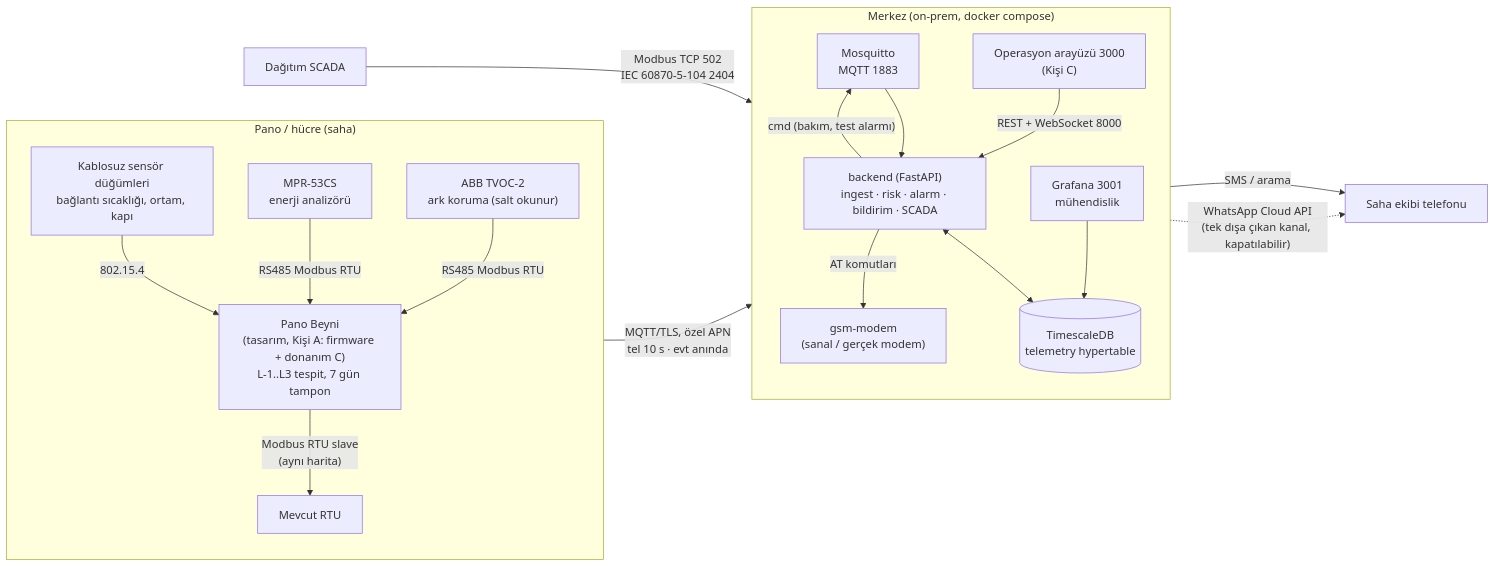
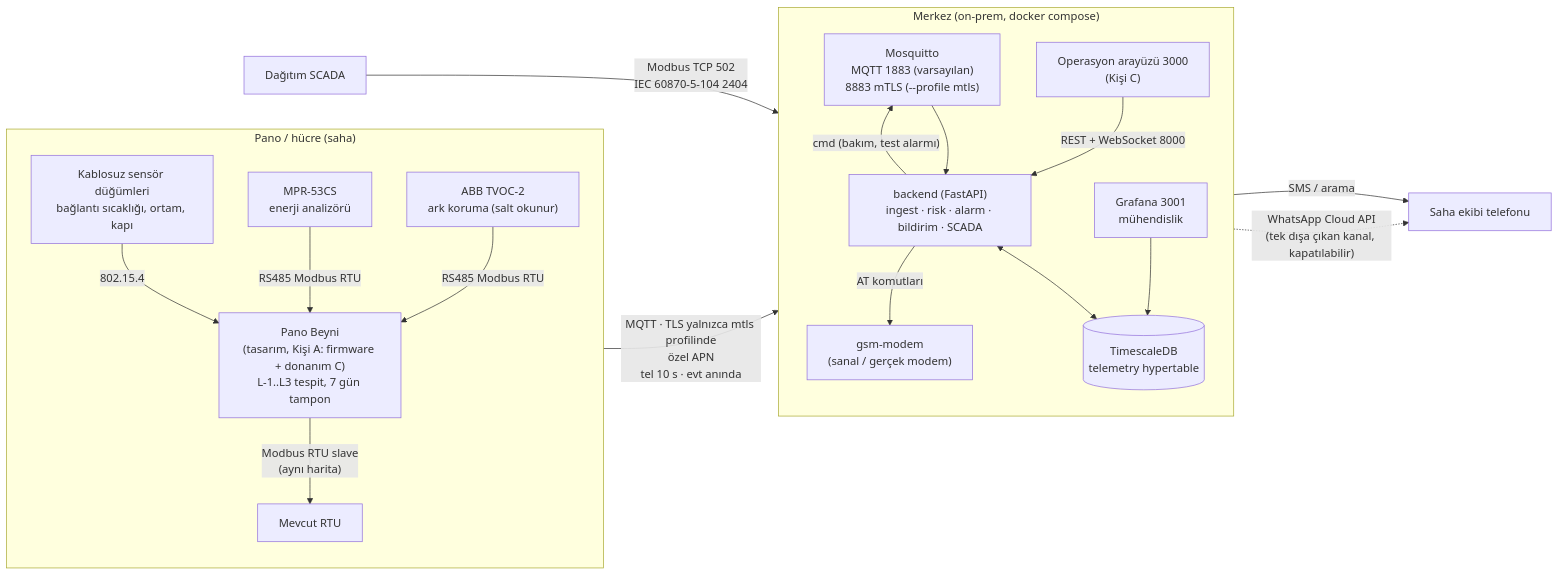
One commit to ahmetkrkyn0/griduphackathon changed the first of 4 diagrams in docs/02-mimari.md. Above: the diagram before and after it, drawn with Mermaid. The commit also changed other lines of this file and 28 other files, not shown here.

````diff
--- a/docs/02-mimari.md
+++ b/docs/02-mimari.md
@@ -9,36 +9,36 @@
 ```mermaid
 flowchart LR
   subgraph PANO["Pano / hücre (saha)"]
     direction TB
     SN["Kablosuz sensör düğümleri<br/>bağlantı sıcaklığı, ortam, kapı"]
     MPR["MPR-53CS<br/>enerji analizörü"]
     TVOC["ABB TVOC-2<br/>ark koruma (salt okunur)"]
     PB["Pano Beyni<br/>(tasarım, Kişi A: firmware + donanım C)<br/>L-1..L3 tespit, 7 gün tampon"]
     RTU["Mevcut RTU"]
     SN -- "802.15.4" --> PB
     MPR -- "RS485 Modbus RTU" --> PB
     TVOC -- "RS485 Modbus RTU" --> PB
     PB -- "Modbus RTU slave<br/>(aynı harita)" --> RTU
   end
 
   subgraph MERKEZ["Merkez (on-prem, docker compose)"]
     direction TB
-    MQ["Mosquitto<br/>MQTT 1883"]
+    MQ["Mosquitto<br/>MQTT 1883 (varsayılan)<br/>8883 mTLS (--profile mtls)"]
     BE["backend (FastAPI)<br/>ingest · risk · alarm · bildirim · SCADA"]
     DB[("TimescaleDB<br/>telemetry hypertable")]
     GW["gsm-modem<br/>(sanal / gerçek modem)"]
     GF["Grafana 3001<br/>mühendislik"]
     UI["Operasyon arayüzü 3000<br/>(Kişi C)"]
     MQ --> BE
     BE <--> DB
     BE -- "AT komutları" --> GW
     GF --> DB
     UI -- "REST + WebSocket 8000" --> BE
   end
 
-  PB -- "MQTT/TLS, özel APN<br/>tel 10 s · evt anında" --> MQ
+  PB -- "MQTT · TLS yalnızca mtls profilinde<br/>özel APN<br/>tel 10 s · evt anında" --> MQ
   BE -- "cmd (bakım, test alarmı)" --> MQ
   GW -- "SMS / arama" --> TEL["Saha ekibi telefonu"]
   BE -. "WhatsApp Cloud API<br/>(tek dışa çıkan kanal, kapatılabilir)" .-> TEL
   SCADA["Dağıtım SCADA"] -- "Modbus TCP 502<br/>IEC 60870-5-104 2404" --> BE
 ```
````
